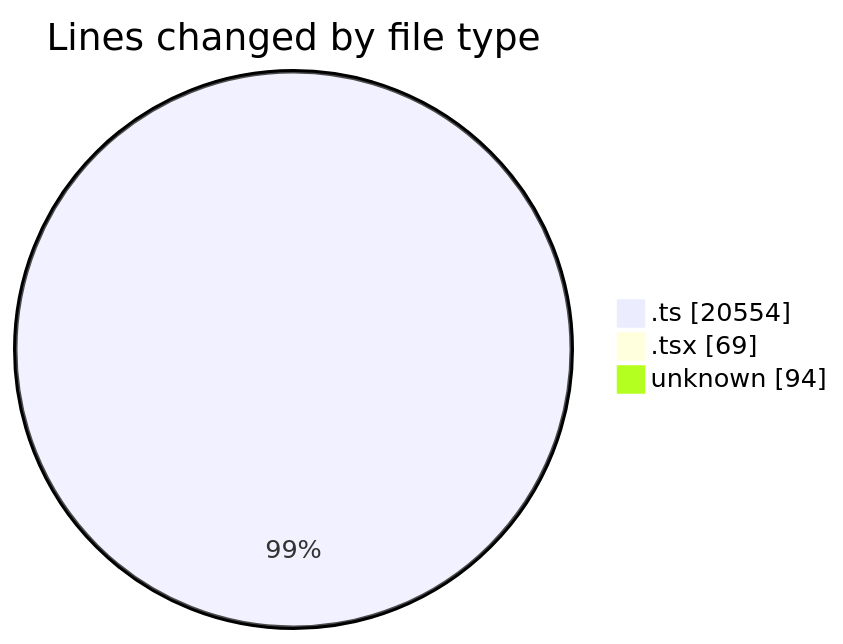
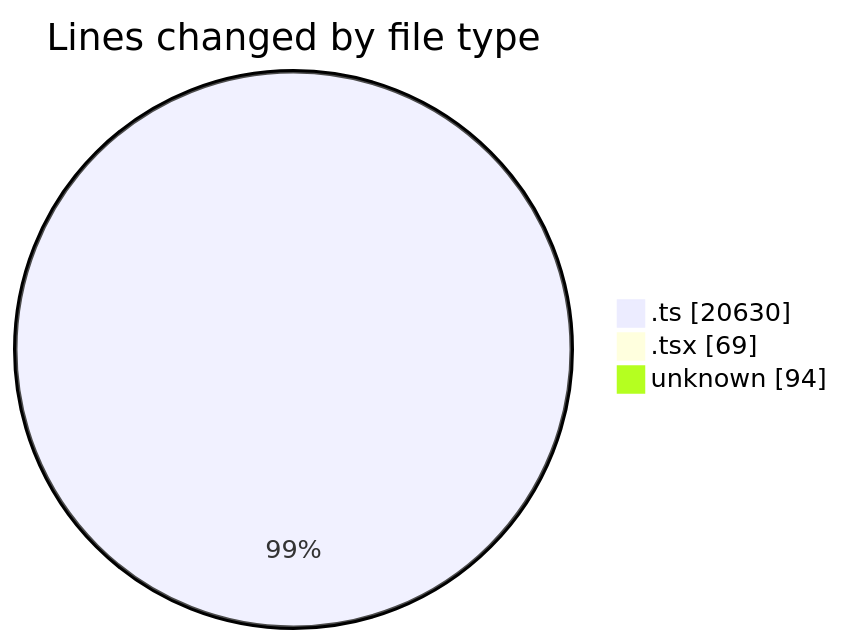
One commit to momahboobian/code-tracking changed the first of 2 diagrams in 2025-09-11/cda/README.md. Above: the diagram before and after it, drawn with Mermaid. The commit also changed other lines of this file and 1 other file, not shown here.

````diff
--- a/2025-09-11/cda/README.md
+++ b/2025-09-11/cda/README.md
@@ -30,7 +30,7 @@
 ```mermaid
 pie showData
 title Lines changed by file type
-".ts" : 20554
+".ts" : 20630
 ".tsx" : 69
 "unknown" : 94
 ```
````
